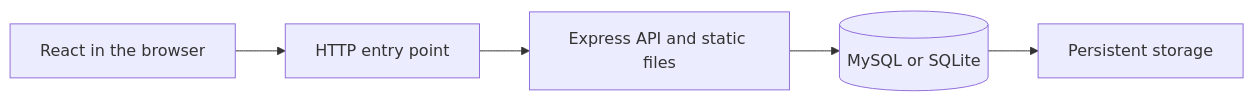
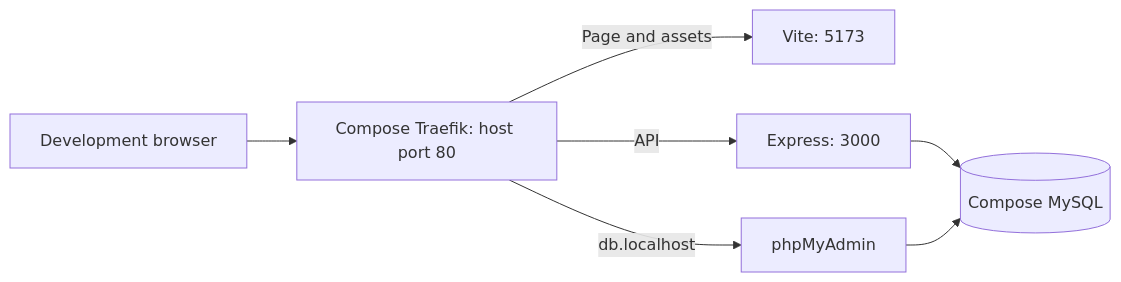
Before and after one commit to PabasaraMeegahakumbura/todo-app--leraning: the second of 3 diagrams in docs/architecture.md, drawn with Mermaid. The commit also changed other lines of this file and 7 other files, not shown here.

Commit message:
Document Clear Day architecture lessons and recovery

````diff
--- a/docs/architecture.md
+++ b/docs/architecture.md
@@ -5,7 +111,9 @@
 ```mermaid
 flowchart LR
-    Browser[React in the browser] --> Service[HTTP entry point]
-    Service --> Express[Express API and static files]
-    Express --> DB[(MySQL or SQLite)]
-    DB --> Storage[Persistent storage]
+    DevBrowser[Development browser] --> Proxy[Compose Traefik: host port 80]
+    Proxy -->|Page and assets| Vite[Vite: 5173]
+    Proxy -->|API| Express[Express: 3000]
+    Proxy -->|db.localhost| Admin[phpMyAdmin]
+    Express --> MySQL[(Compose MySQL)]
+    Admin --> MySQL
 ```
````
